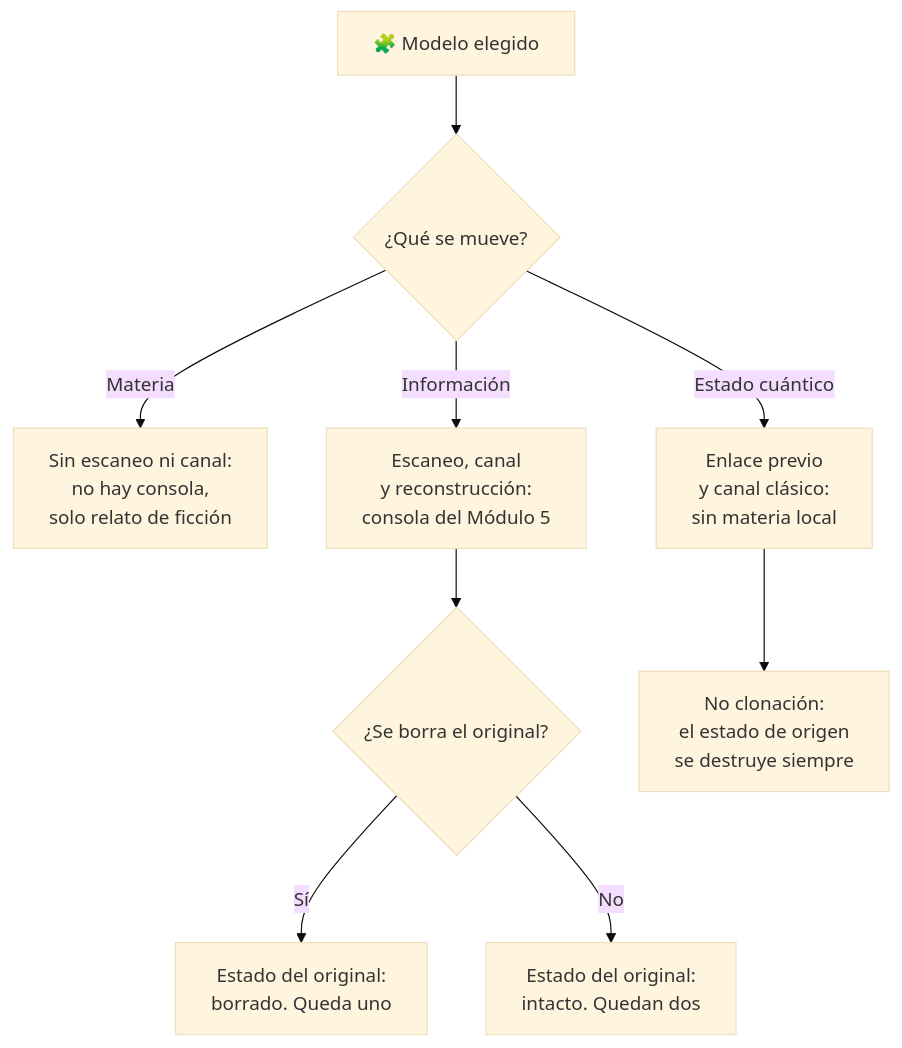
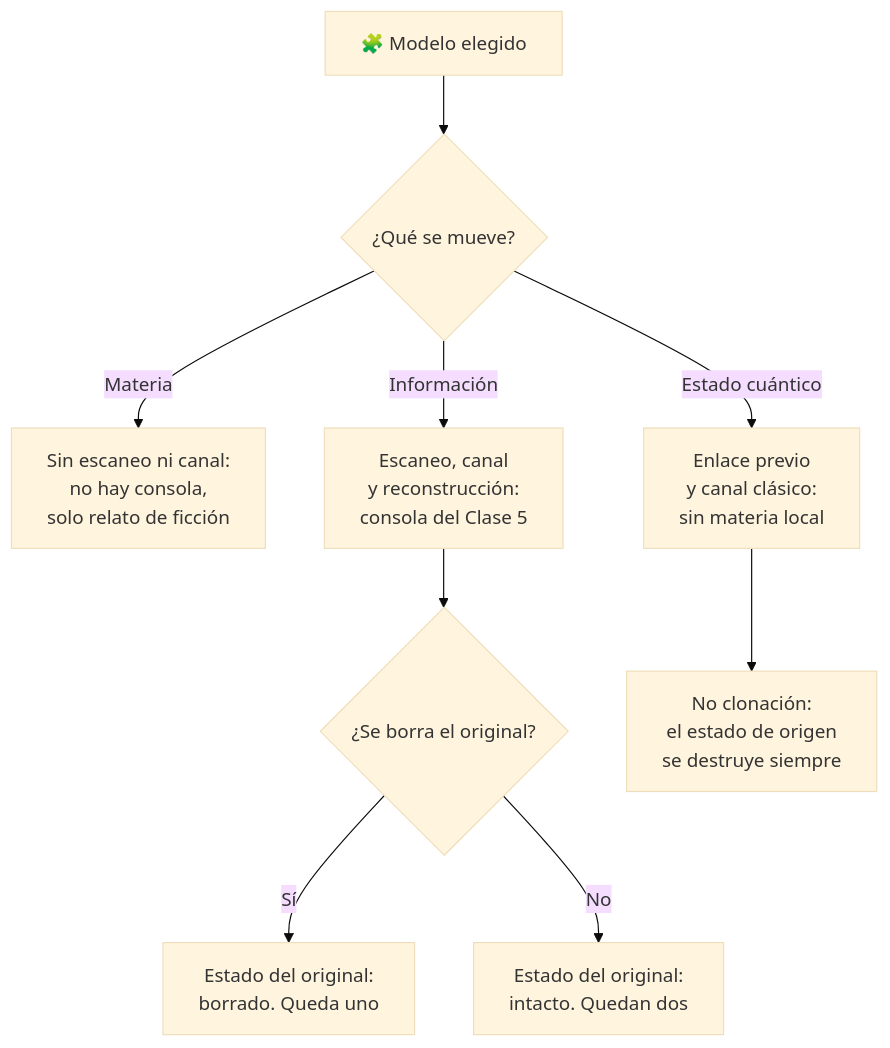
Before and after one commit to vladimiracunadev-create/machine-operator-program: the diagram in vehiculos-fantasticos/teletransportador/modelos/modelos-teletransportador.md, drawn with Mermaid (base theme). The commit also changed other lines of this file and 460 other files, not shown here.

````diff
--- a/vehiculos-fantasticos/teletransportador/modelos/modelos-teletransportador.md
+++ b/vehiculos-fantasticos/teletransportador/modelos/modelos-teletransportador.md
@@ -112,11 +112,11 @@
 ```mermaid
 flowchart TD
     Modelo[🧩 Modelo elegido] --> Que{¿Qué se mueve?}
     Que -- Materia --> Mat[Sin escaneo ni canal:<br/>no hay consola,<br/>solo relato de ficción]
-    Que -- Información --> Info[Escaneo, canal<br/>y reconstrucción:<br/>consola del Módulo 5]
+    Que -- Información --> Info[Escaneo, canal<br/>y reconstrucción:<br/>consola del Clase 5]
     Que -- Estado cuántico --> Est[Enlace previo<br/>y canal clásico:<br/>sin materia local]
     Info --> Borra{¿Se borra el original?}
     Borra -- Sí --> Uno[Estado del original:<br/>borrado. Queda uno]
     Borra -- No --> Dos[Estado del original:<br/>intacto. Quedan dos]
     Est --> NoClon[No clonación:<br/>el estado de origen<br/>se destruye siempre]
 ```
````
